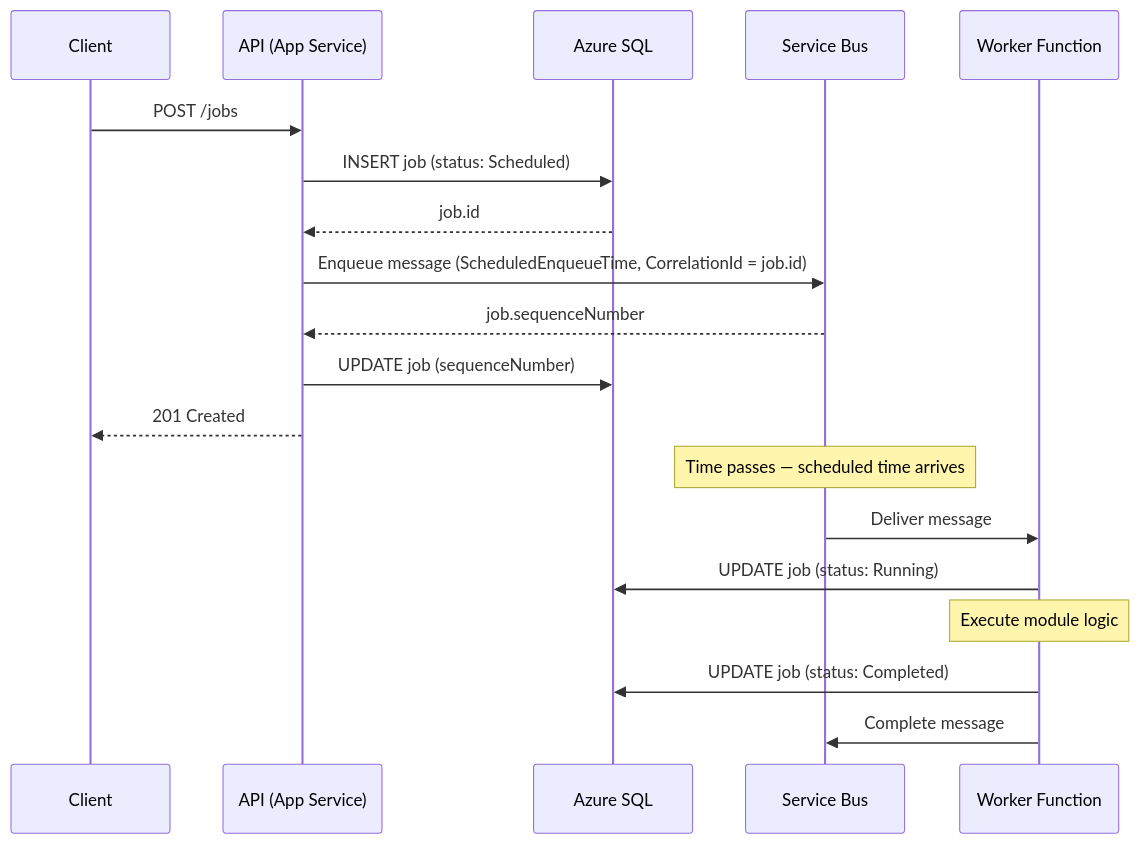
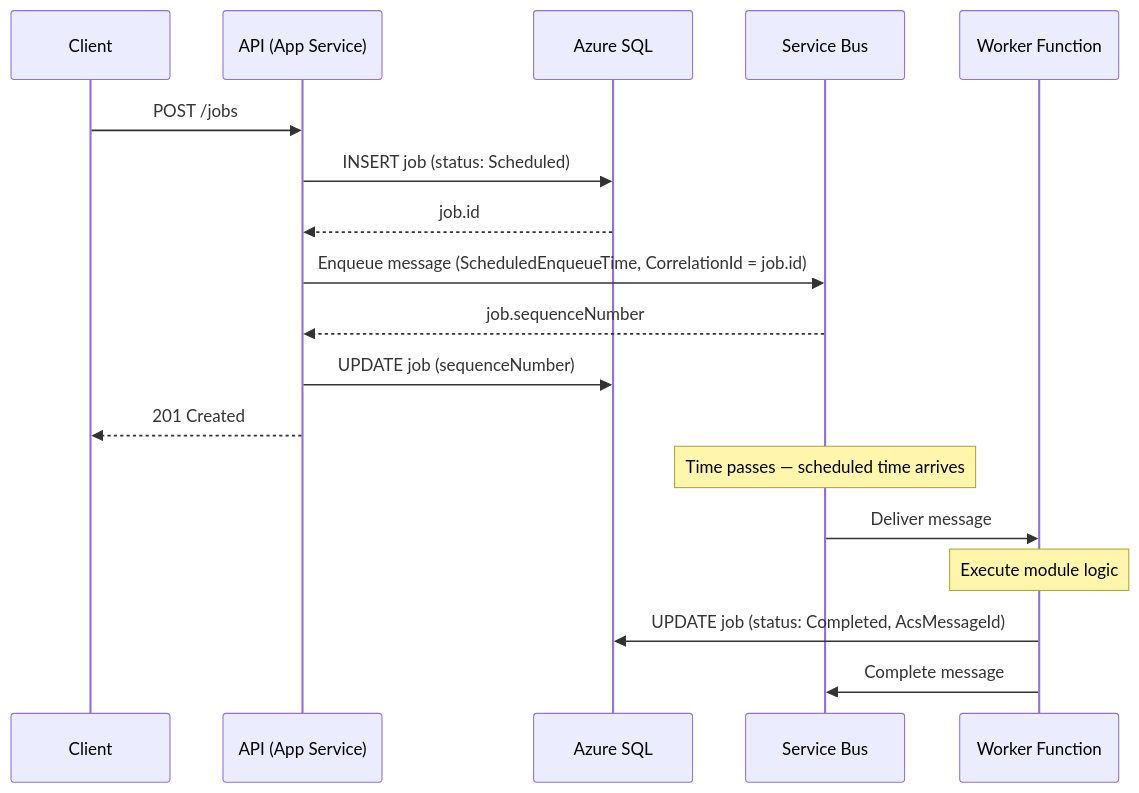
One commit to VictorK1902/Dispatch changed the first of 6 diagrams in Docs/sequence-diagrams.md. Above: the diagram before and after it, drawn with Mermaid. The commit also changed other lines of this file and 26 other files, not shown here.

Commit message:
Dropped Notifications table and move the AcsMessageId over to Jobs table; ran migration to push the changes; updated docs to reflect this; implemented actual logic in Worker function app; added Job Module definition doc;

````diff
--- a/Docs/sequence-diagrams.md
+++ b/Docs/sequence-diagrams.md
@@ -3,24 +3,23 @@
 ```mermaid
 sequenceDiagram
     participant Client
     participant API as API (App Service)
     participant SQL as Azure SQL
     participant SB as Service Bus
     participant Worker as Worker Function
 
     Client->>API: POST /jobs
     API->>SQL: INSERT job (status: Scheduled)
     SQL-->>API: job.id
     API->>SB: Enqueue message (ScheduledEnqueueTime, CorrelationId = job.id)
     SB-->>API: job.sequenceNumber
     API->>SQL: UPDATE job (sequenceNumber)
     API-->>Client: 201 Created
 
     Note over SB: Time passes — scheduled time arrives
 
     SB->>Worker: Deliver message
-    Worker->>SQL: UPDATE job (status: Running)
     Note over Worker: Execute module logic
-    Worker->>SQL: UPDATE job (status: Completed)
+    Worker->>SQL: UPDATE job (status: Completed, AcsMessageId)
     Worker->>SB: Complete message
 ```
````
